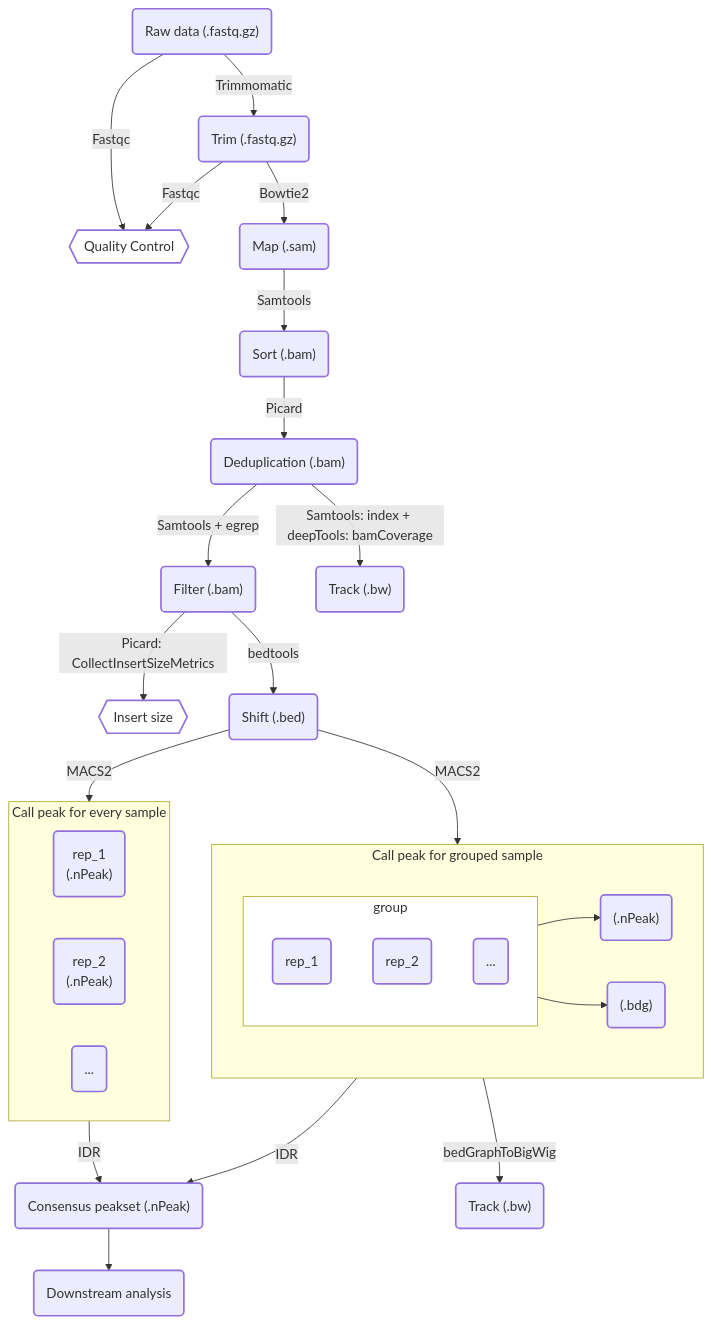
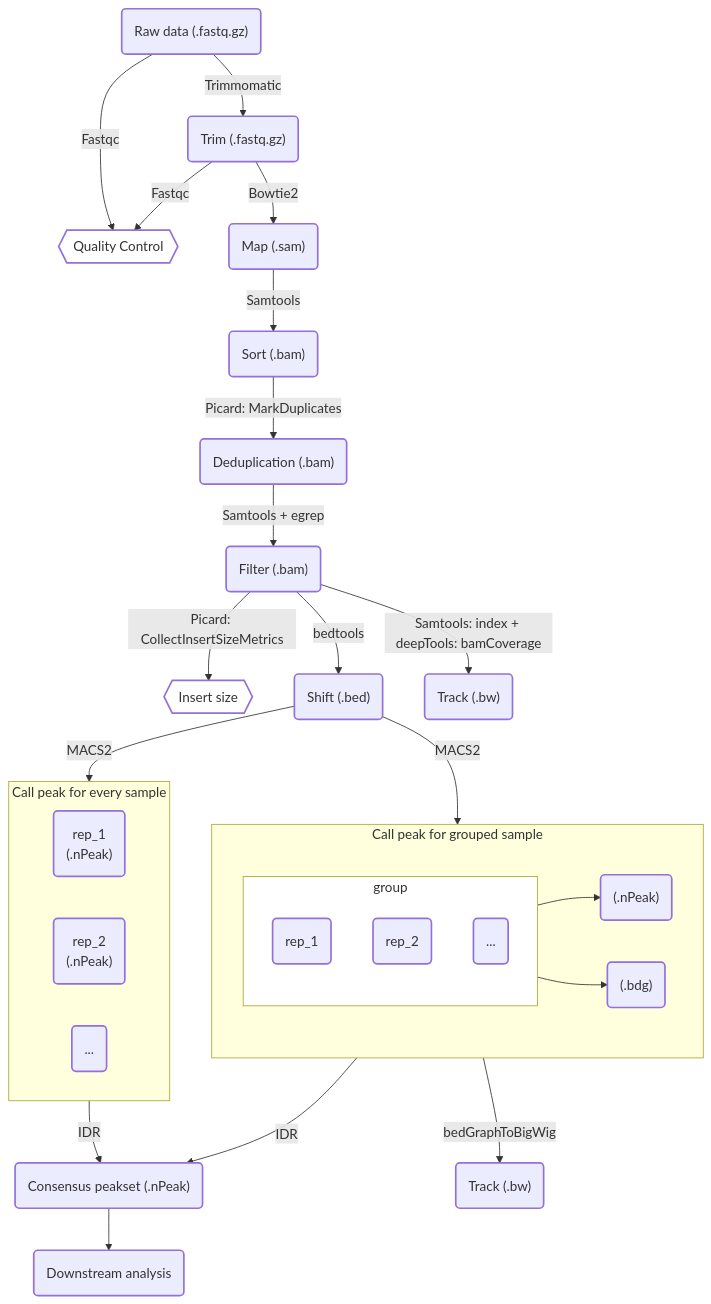
Before and after one commit to sajuukLyu/Protocols-4pub: the third of 5 diagrams in mermaidPlot/mermaidPlot.md, drawn with Mermaid. The commit also changed other lines of this file and 5 other files, not shown here.

````diff
--- a/mermaidPlot/mermaidPlot.md
+++ b/mermaidPlot/mermaidPlot.md
@@ -79,37 +79,37 @@
 ```mermaid
 flowchart TD;
 classDef default stroke-width: 2px ;
 classDef qc fill: #ffffff ;
 	A("Raw data (.fastq.gz)") -->|Fastqc| a{{"Quality Control"}}
 	A -->|Trimmomatic| B("Trim (.fastq.gz)")
 	B -->|Fastqc| a
 	B -->|Bowtie2| C("Map (.sam)")
 	C -->|Samtools| D("Sort (.bam)")
-	D -->|Picard| E("Deduplication (.bam)")
+	D -->|Picard: MarkDuplicates| E("Deduplication (.bam)")
 	E -->|Samtools + egrep| F("Filter (.bam)")
-	E -->|Samtools: index + deepTools: bamCoverage| J("Track (.bw)")
 	F -->|Picard: CollectInsertSizeMetrics| f{{"Insert size"}}
 	F -->|bedtools| G("Shift (.bed)")
+	F -->|Samtools: index + deepTools: bamCoverage| J("Track (.bw)")
 	subgraph H [Call peak for every sample]
 	Ha_1("rep_1\n(.nPeak)")
 	Ha_2("rep_2\n(.nPeak)")
 	Ha_n("...")
 	end
 	subgraph I [Call peak for grouped sample]
 		subgraph Ia [group]
 		Ia_1("rep_1")
 		Ia_2("rep_2")
 		Ia_n("...")
 		end
 		Ia --> Ia_res1("(.nPeak)")
 		Ia --> Ia_res2("(.bdg)")
 		
 	end
 	G -->|MACS2| H
 	G -->|MACS2| I
 	I -->|IDR| K("Consensus peakset (.nPeak)")
     H -->|IDR| K
 	I -->|bedGraphToBigWig| L("Track (.bw)")
 	K --> M("Downstream analysis")
-class a,f,Ia,Ib qc
+class a,f,Ia qc
 ```
````
